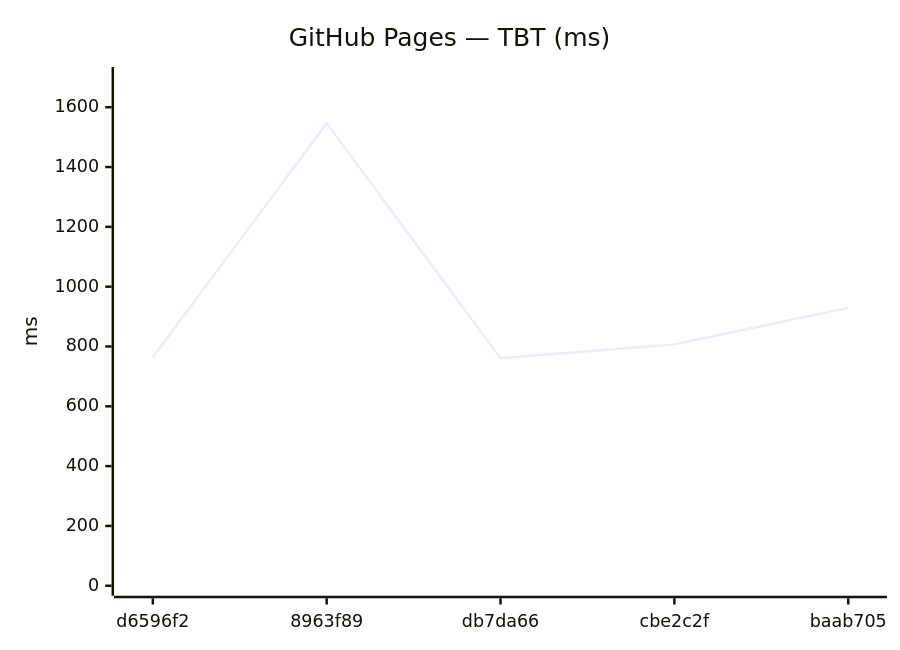
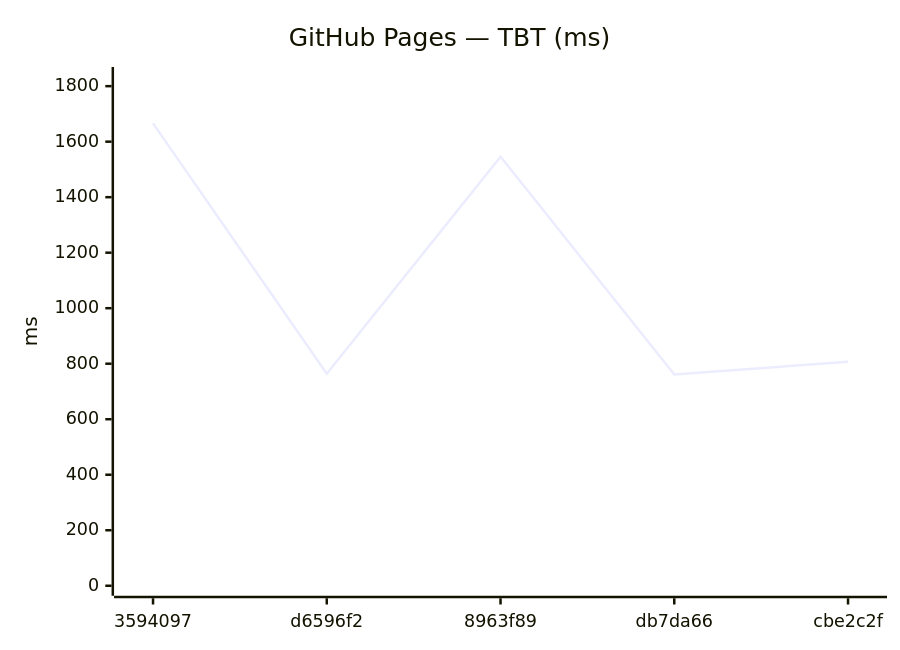
Before and after one commit to Metaheurist/Rianell: the eighth of 12 diagrams in benchmarks/compare.md, drawn with Mermaid. The commit also changed other lines of this file and 8 other files, not shown here.

````diff
--- a/benchmarks/compare.md
+++ b/benchmarks/compare.md
@@ -114,7 +114,7 @@
 ```mermaid
 xychart-beta
     title "GitHub Pages — TBT (ms)"
-    x-axis ["d6596f2", "8963f89", "db7da66", "cbe2c2f", "baab705"]
-    y-axis "ms" 0 --> 1701
-    line [764, 1546, 761, 807, 929]
+    x-axis ["3594097", "d6596f2", "8963f89", "db7da66", "cbe2c2f"]
+    y-axis "ms" 0 --> 1833
+    line [1666, 764, 1546, 761, 807]
 ```
````
